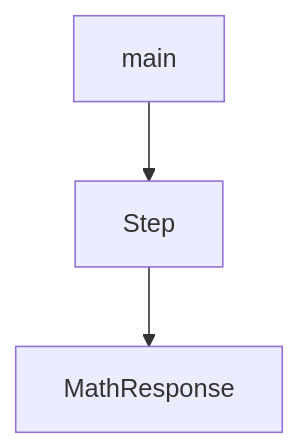
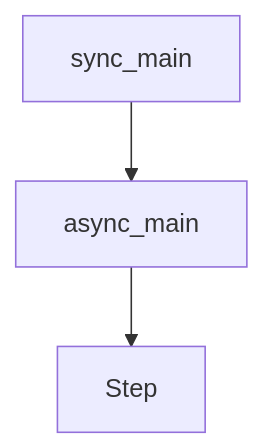
One commit to johnxie/awesome-code-docs changed the diagram in tutorials/openai-python-sdk-tutorial/06-fine-tuning.md. Above: the diagram before and after it, drawn with Mermaid. The commit also changed other lines of this file and 1232 other files, not shown here.

````diff
--- a/tutorials/openai-python-sdk-tutorial/06-fine-tuning.md
+++ b/tutorials/openai-python-sdk-tutorial/06-fine-tuning.md
@@ -183,8 +176,8 @@
 ```mermaid
 flowchart TD
-    A[main]
-    B[Step]
-    C[MathResponse]
+    A[sync_main]
+    B[async_main]
+    C[Step]
     A --> B
     B --> C
 ```
````
